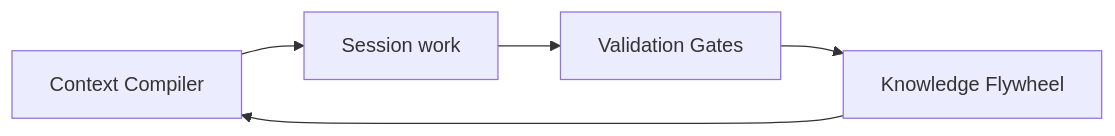
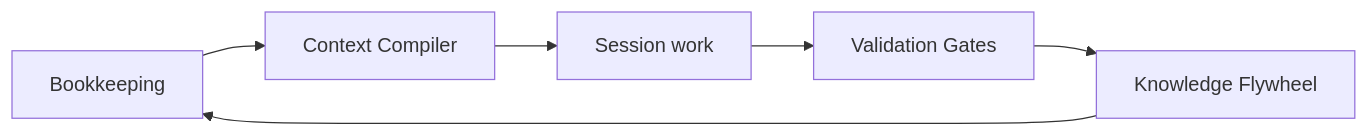
The diagram in docs/index.md (lguzzon-scratchbook/agentops), drawn with Mermaid before and after one commit. The commit also changed other lines of this file and 15 other files, not shown here.

````diff
--- a/docs/index.md
+++ b/docs/index.md
@@ -43,7 +44,8 @@
 ```mermaid
 flowchart LR
+    B[Bookkeeping] --> C[Context Compiler]
     C[Context Compiler] --> S[Session work]
     S --> G[Validation Gates]
     G --> F[Knowledge Flywheel]
-    F --> C
+    F --> B
 ```
````
